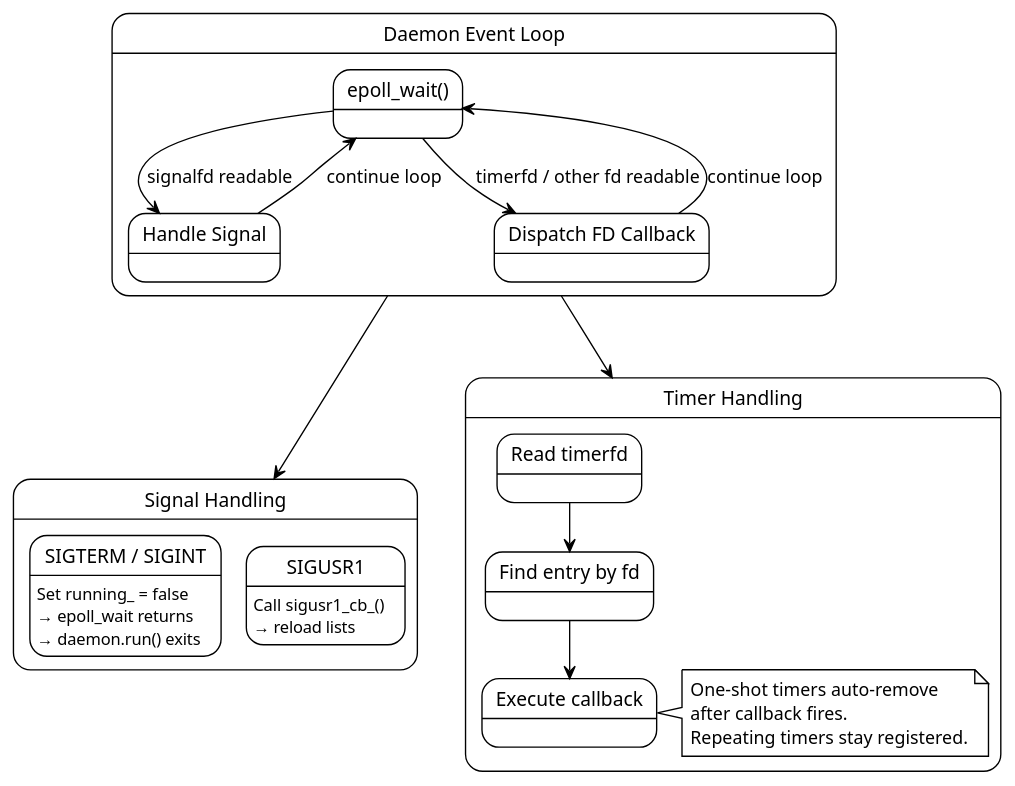
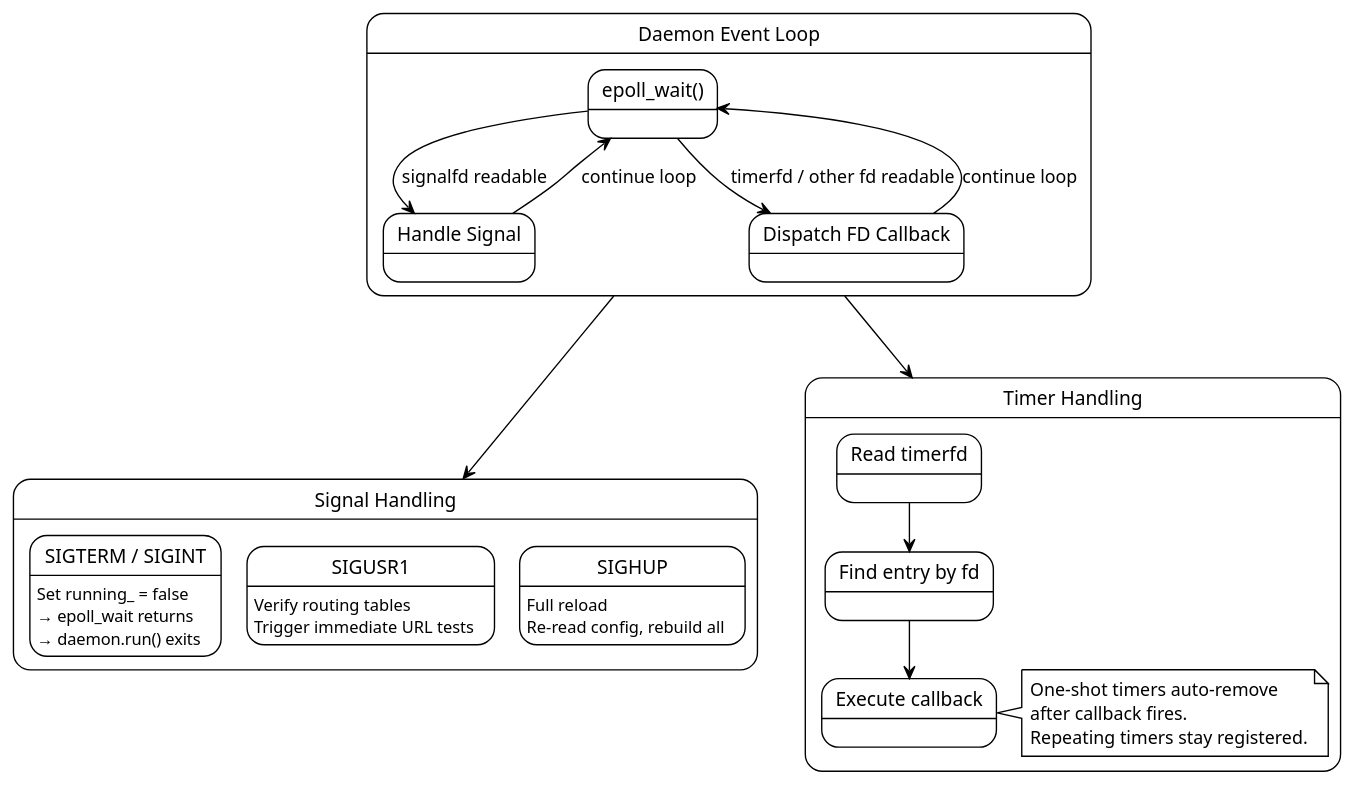
The sixth of 16 diagrams in STATE.md (maksimkurb/keen-pbr), drawn with PlantUML before and after one commit. The commit also changed other lines of this file and 5 other files, not shown here.

````diff
--- a/STATE.md
+++ b/STATE.md
@@ -565,46 +660,50 @@
 ```plantuml
 @startuml eventloop
 !theme plain
 skinparam backgroundColor white
 
 state "Daemon Event Loop" as loop {
   state "epoll_wait()" as wait
   state "Handle Signal" as signal
   state "Dispatch FD Callback" as dispatch
 
   wait --> signal : signalfd readable
   wait --> dispatch : timerfd / other fd readable
   signal --> wait : continue loop
   dispatch --> wait : continue loop
 }
 
 state "Signal Handling" as sighandling {
   state "SIGTERM / SIGINT" as sigterm
   state "SIGUSR1" as sigusr1
+  state "SIGHUP" as sighup
 
   sigterm : Set running_ = false
   sigterm : → epoll_wait returns
   sigterm : → daemon.run() exits
 
-  sigusr1 : Call sigusr1_cb_()
-  sigusr1 : → reload lists
+  sigusr1 : Verify routing tables
+  sigusr1 : Trigger immediate URL tests
+
+  sighup : Full reload
+  sighup : Re-read config, rebuild all
 }
 
 state "Timer Handling" as timerhandling {
   state "Read timerfd" as readtimer
   state "Find entry by fd" as findentry
   state "Execute callback" as execcb
 
   readtimer --> findentry
   findentry --> execcb
   note right of execcb
     One-shot timers auto-remove
     after callback fires.
     Repeating timers stay registered.
   end note
 }
 
 loop --> sighandling
 loop --> timerhandling
 @enduml
 ```
````
